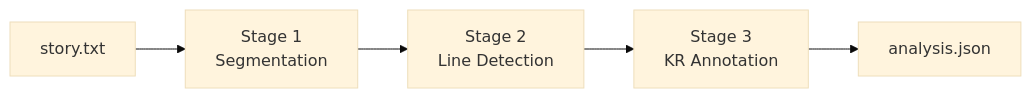
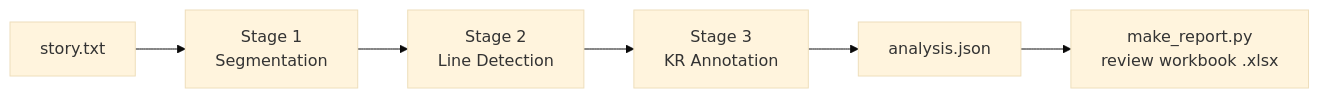
Before and after one commit to iamahmadyasin/gtvh-analyzer: the diagram in README.md, drawn with Mermaid (base theme). The commit also changed other lines of this file, not shown here.

````diff
--- a/README.md
+++ b/README.md
@@ -25,7 +25,8 @@
 ```mermaid
 flowchart LR
     A[story.txt] --> B[Stage 1\nSegmentation]
     B --> C[Stage 2\nLine Detection]
     C --> D[Stage 3\nKR Annotation]
     D --> E[analysis.json]
+    E --> F[make_report.py\nreview workbook .xlsx]
 ```
````
